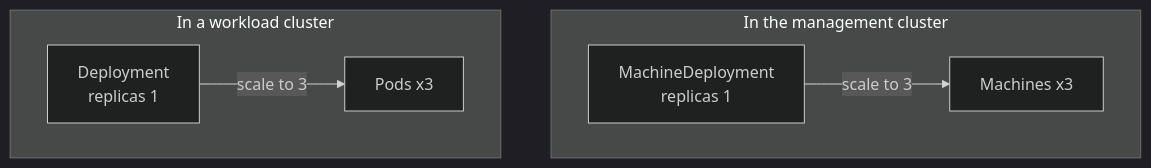
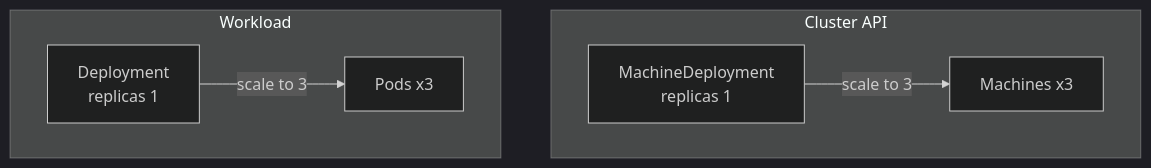
The first of 7 diagrams in 120_kubernetes/cluster-api/slides.md (nicholasdille/container-slides), drawn with Mermaid (dark theme) before and after one commit. The commit also changed other lines of this file and 3 other files, not shown here.

````diff
--- a/120_kubernetes/cluster-api/slides.md
+++ b/120_kubernetes/cluster-api/slides.md
@@ -23,14 +26,14 @@
 ```mermaid
 flowchart LR
-    subgraph K8s[In a workload cluster]
+    subgraph K8s[Workload]
         direction LR
         Dep[Deployment<br>replicas 1] -->|scale to 3| Pods[Pods x3]
     end
 
-    subgraph Mgmt[In the management cluster]
+    subgraph Mgmt[Cluster API]
         direction LR
         MD[MachineDeployment<br>replicas 1] -->|scale to 3| Mach[Machines x3]
     end
 
     K8s ~~~ Mgmt
 ```
````
